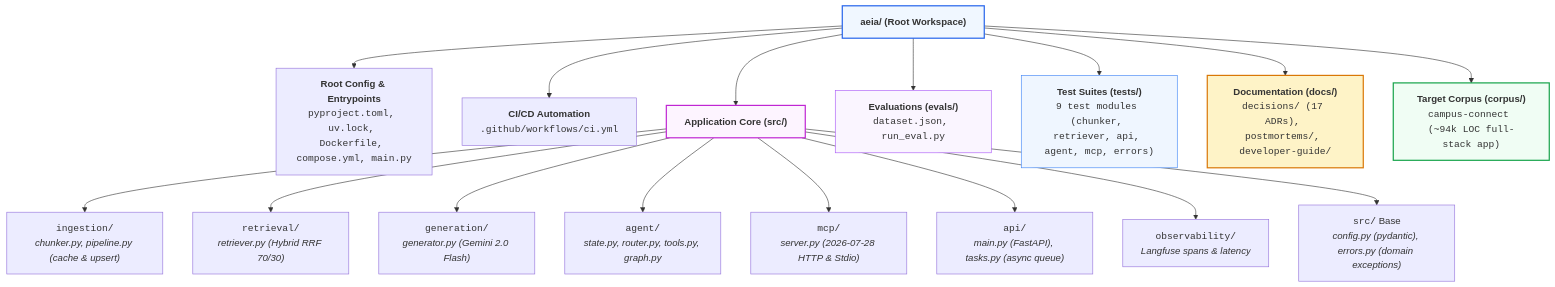
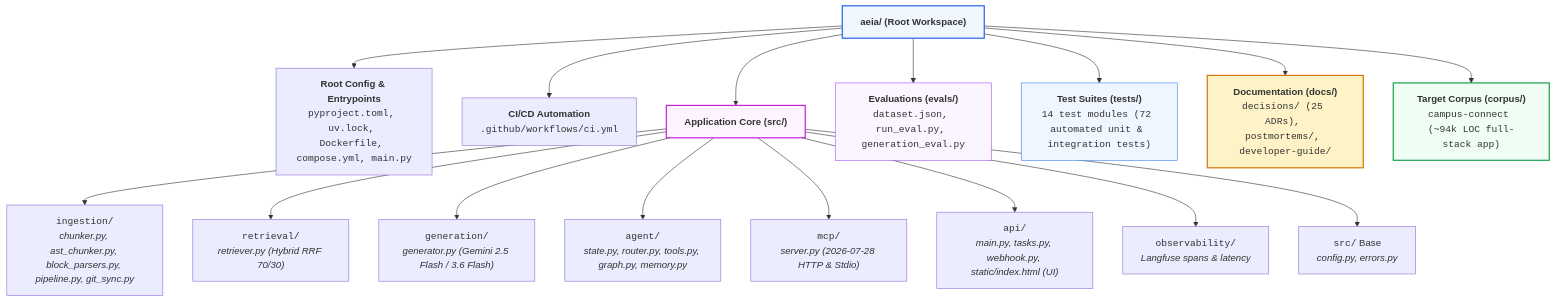
The third of 3 diagrams in docs/developer-guide/README.md (krotrn/campus-connect-ai), drawn with Mermaid before and after one commit. The commit also changed other lines of this file and 5 other files, not shown here.

First line of the commit message:
Update developer documentation and curriculum to reflect new features and changes

````diff
--- a/docs/developer-guide/README.md
+++ b/docs/developer-guide/README.md
@@ -121,28 +125,28 @@
 ```mermaid
 flowchart TD
     Root["<b>aeia/ (Root Workspace)</b>"]
 
     Root --> Cfg["<b>Root Config & Entrypoints</b><br/><code>pyproject.toml, uv.lock, Dockerfile, compose.yml, main.py</code>"]
     Root --> CI["<b>CI/CD Automation</b><br/><code>.github/workflows/ci.yml</code>"]
     Root --> Src["<b>Application Core (src/)</b>"]
-    Root --> Evals["<b>Evaluations (evals/)</b><br/><code>dataset.json, run_eval.py</code>"]
-    Root --> Tests["<b>Test Suites (tests/)</b><br/><code>9 test modules (chunker, retriever, api, agent, mcp, errors)</code>"]
-    Root --> Docs["<b>Documentation (docs/)</b><br/><code>decisions/ (17 ADRs), postmortems/, developer-guide/</code>"]
+    Root --> Evals["<b>Evaluations (evals/)</b><br/><code>dataset.json, run_eval.py, generation_eval.py</code>"]
+    Root --> Tests["<b>Test Suites (tests/)</b><br/><code>14 test modules (72 automated unit & integration tests)</code>"]
+    Root --> Docs["<b>Documentation (docs/)</b><br/><code>decisions/ (25 ADRs), postmortems/, developer-guide/</code>"]
     Root --> Corpus["<b>Target Corpus (corpus/)</b><br/><code>campus-connect (~94k LOC full-stack app)</code>"]
 
-    Src --> S_Ingest["<code>ingestion/</code><br/><i>chunker.py, pipeline.py (cache & upsert)</i>"]
+    Src --> S_Ingest["<code>ingestion/</code><br/><i>chunker.py, ast_chunker.py, block_parsers.py, pipeline.py, git_sync.py</i>"]
     Src --> S_Ret["<code>retrieval/</code><br/><i>retriever.py (Hybrid RRF 70/30)</i>"]
-    Src --> S_Gen["<code>generation/</code><br/><i>generator.py (Gemini 2.0 Flash)</i>"]
-    Src --> S_Agent["<code>agent/</code><br/><i>state.py, router.py, tools.py, graph.py</i>"]
+    Src --> S_Gen["<code>generation/</code><br/><i>generator.py (Gemini 2.5 Flash / 3.6 Flash)</i>"]
+    Src --> S_Agent["<code>agent/</code><br/><i>state.py, router.py, tools.py, graph.py, memory.py</i>"]
     Src --> S_Mcp["<code>mcp/</code><br/><i>server.py (2026-07-28 HTTP & Stdio)</i>"]
-    Src --> S_Api["<code>api/</code><br/><i>main.py (FastAPI), tasks.py (async queue)</i>"]
+    Src --> S_Api["<code>api/</code><br/><i>main.py, tasks.py, webhook.py, static/index.html (UI)</i>"]
     Src --> S_Obs["<code>observability/</code><br/><i>Langfuse spans & latency</i>"]
-    Src --> S_Base["<code>src/</code> Base<br/><i>config.py (pydantic), errors.py (domain exceptions)</i>"]
+    Src --> S_Base["<code>src/</code> Base<br/><i>config.py, errors.py</i>"]
 
     style Root fill:#f0f7ff,stroke:#2563eb,stroke-width:2px
     style Src fill:#fdf4ff,stroke:#c026d3,stroke-width:2px
     style Corpus fill:#f0fdf4,stroke:#16a34a,stroke-width:2px
     style Docs fill:#fef3c7,stroke:#d97706,stroke-width:2px
     style Tests fill:#eff6ff,stroke:#3b82f6,stroke-width:1px
     style Evals fill:#faf5ff,stroke:#a855f7,stroke-width:1px
 ```
````
